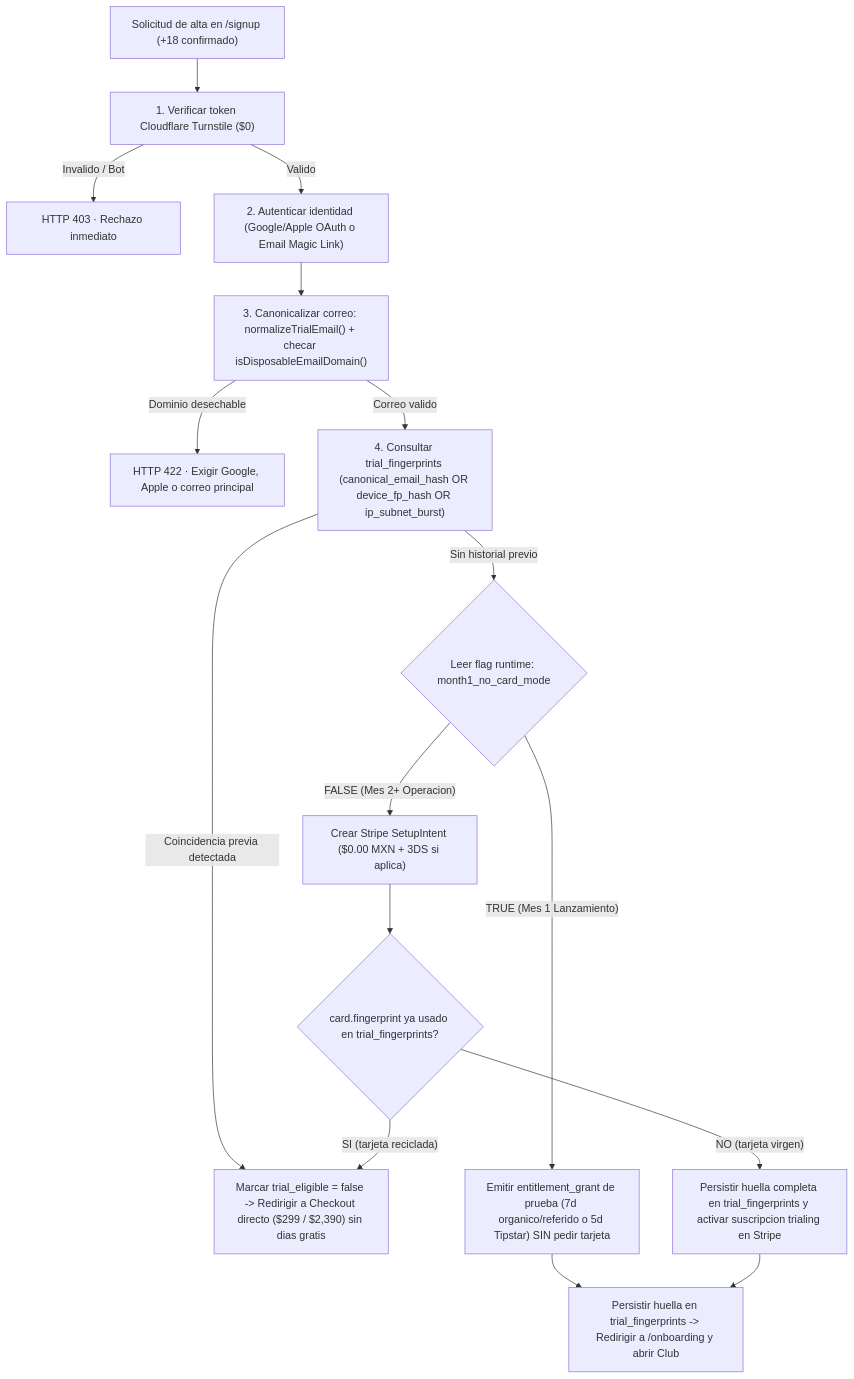
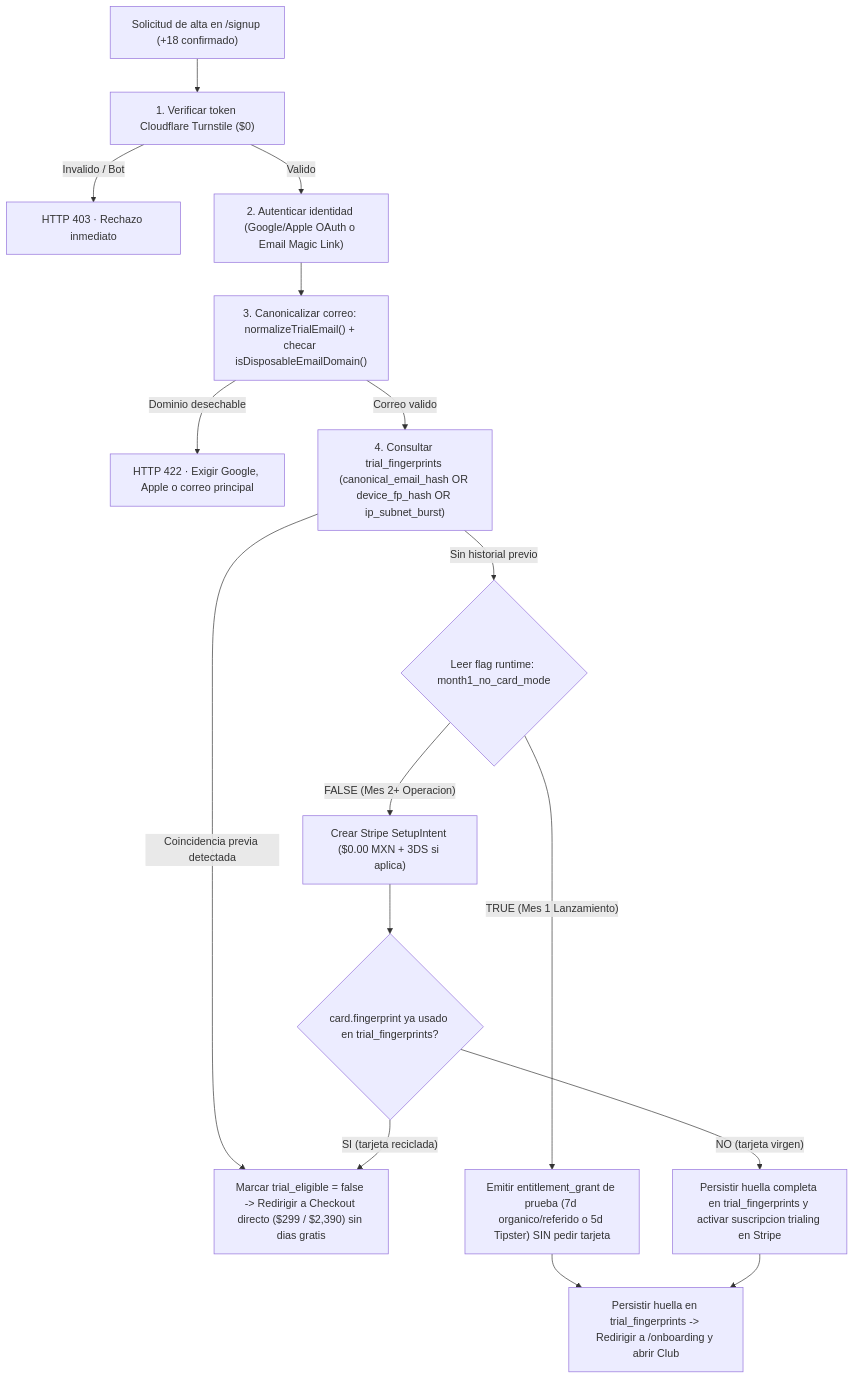
The second of 5 diagrams in docs/product/VISION_REESTRUCTURA_CLAUDE_GROWTH.md (jairbonillacan-cmd/pitch), drawn with Mermaid before and after one commit. The commit also changed other lines of this file and 134 other files, not shown here.

First line of the commit message:
refactor: cambiar «tipstar» por «tipster» en todo el proyecto

````diff
--- a/docs/product/VISION_REESTRUCTURA_CLAUDE_GROWTH.md
+++ b/docs/product/VISION_REESTRUCTURA_CLAUDE_GROWTH.md
@@ -104,18 +104,18 @@
 ```mermaid
 flowchart TD
     A["Solicitud de alta en /signup (+18 confirmado)"] --> B["1. Verificar token Cloudflare Turnstile ($0)"]
     B -- "Invalido / Bot" --> X1["HTTP 403 · Rechazo inmediato"]
     B -- "Valido" --> C["2. Autenticar identidad (Google/Apple OAuth o Email Magic Link)"]
     C --> D["3. Canonicalizar correo: normalizeTrialEmail() + checar isDisposableEmailDomain()"]
     D -- "Dominio desechable" --> X2["HTTP 422 · Exigir Google, Apple o correo principal"]
     D -- "Correo valido" --> E["4. Consultar trial_fingerprints (canonical_email_hash OR device_fp_hash OR ip_subnet_burst)"]
     E -- "Coincidencia previa detectada" --> F["Marcar trial_eligible = false -> Redirigir a Checkout directo ($299 / $2,390) sin dias gratis"]
     E -- "Sin historial previo" --> G{"Leer flag runtime: month1_no_card_mode"}
-    G -- "TRUE (Mes 1 Lanzamiento)" --> H["Emitir entitlement_grant de prueba (7d organico/referido o 5d Tipstar) SIN pedir tarjeta"]
+    G -- "TRUE (Mes 1 Lanzamiento)" --> H["Emitir entitlement_grant de prueba (7d organico/referido o 5d Tipster) SIN pedir tarjeta"]
     G -- "FALSE (Mes 2+ Operacion)" --> I["Crear Stripe SetupIntent ($0.00 MXN + 3DS si aplica)"]
     I --> J{"card.fingerprint ya usado en trial_fingerprints?"}
     J -- "SI (tarjeta reciclada)" --> F
     J -- "NO (tarjeta virgen)" --> K["Persistir huella completa en trial_fingerprints y activar suscripcion trialing en Stripe"]
     H --> L["Persistir huella en trial_fingerprints -> Redirigir a /onboarding y abrir Club"]
     K --> L
 ```
````
